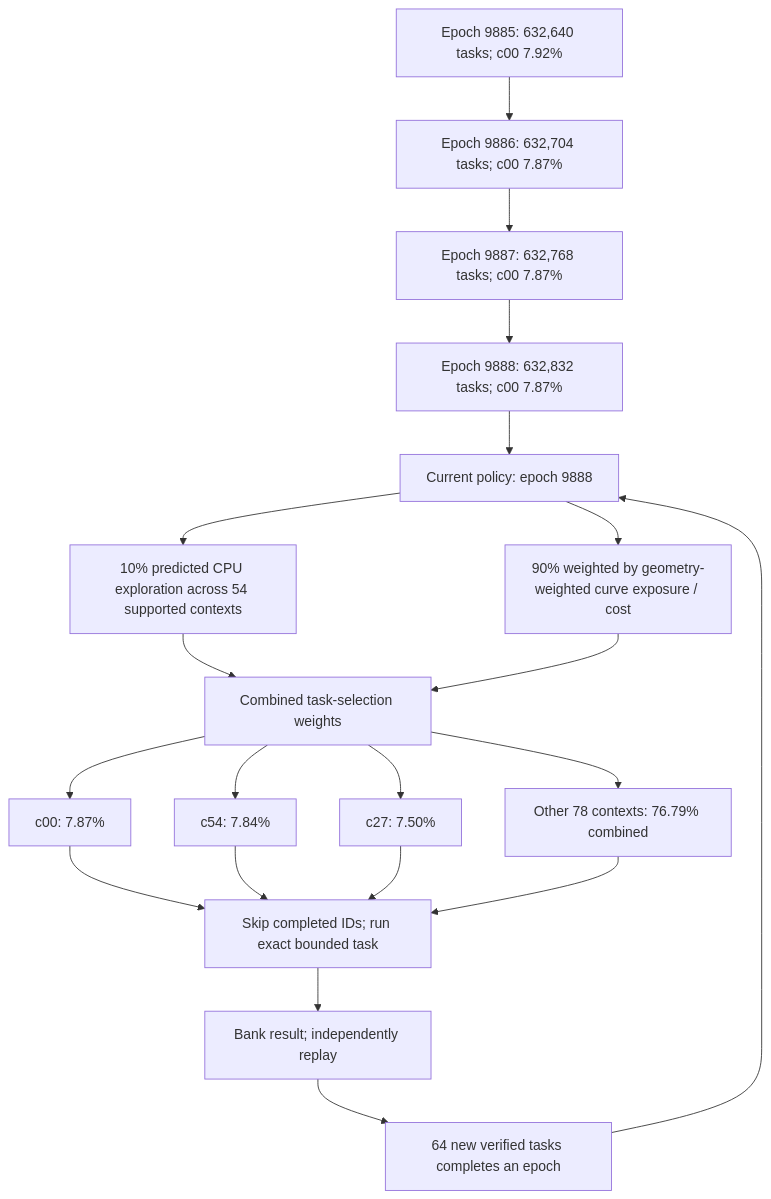
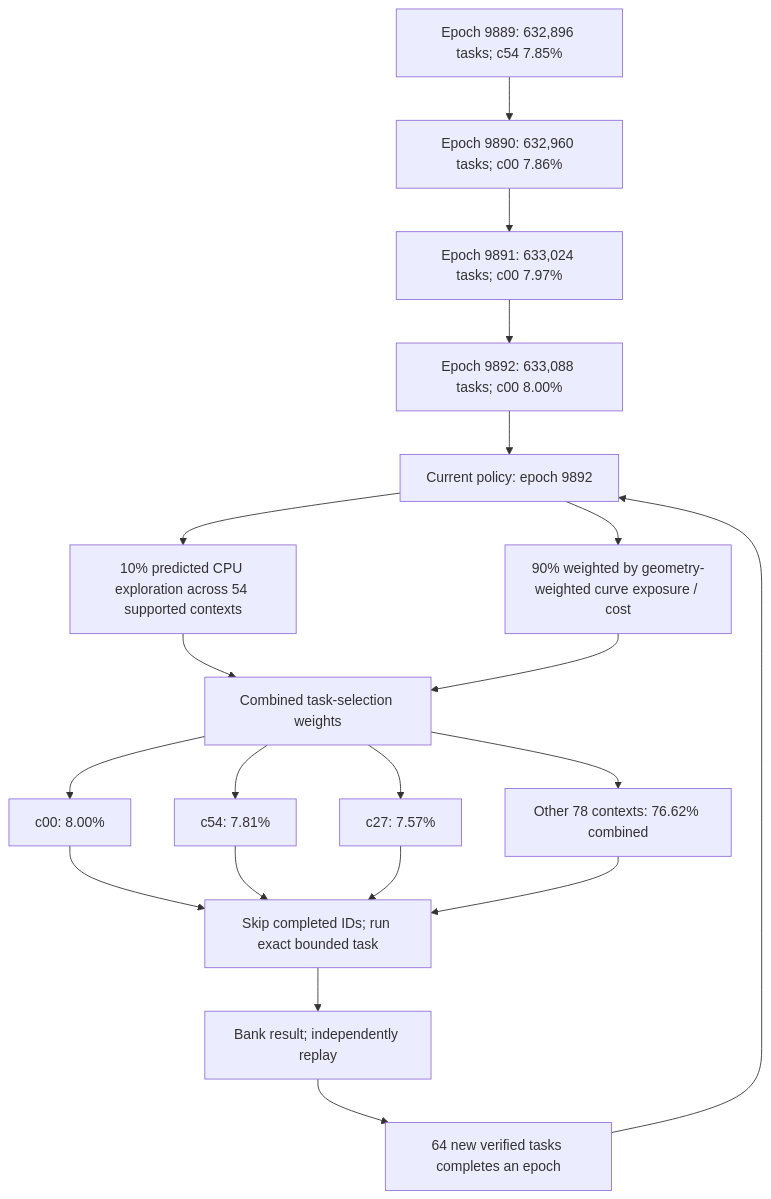
The first of 4 diagrams in README.md (Kuberwastaken/math-gambling), drawn with Mermaid before and after one commit. The commit also changed other lines of this file and 666 other files, not shown here.

````diff
--- a/README.md
+++ b/README.md
@@ -60,27 +60,27 @@
 ```mermaid
 flowchart TD
-    H0["Epoch 9885: 632,640 tasks; c00 7.92%"]
-    H1["Epoch 9886: 632,704 tasks; c00 7.87%"]
+    H0["Epoch 9889: 632,896 tasks; c54 7.85%"]
+    H1["Epoch 9890: 632,960 tasks; c00 7.86%"]
     H0 --> H1
-    H2["Epoch 9887: 632,768 tasks; c00 7.87%"]
+    H2["Epoch 9891: 633,024 tasks; c00 7.97%"]
     H1 --> H2
-    H3["Epoch 9888: 632,832 tasks; c00 7.87%"]
+    H3["Epoch 9892: 633,088 tasks; c00 8.00%"]
     H2 --> H3
-    Policy["Current policy: epoch 9888"]
+    Policy["Current policy: epoch 9892"]
     H3 --> Policy
     Policy --> Explore["10% predicted CPU exploration across 54 supported contexts"]
     Policy --> Cost["90% weighted by geometry-weighted curve exposure / cost"]
     Explore --> Mix["Combined task-selection weights"]
     Cost --> Mix
-    Mix --> C0["c00: 7.87%"]
-    Mix --> C1["c54: 7.84%"]
-    Mix --> C2["c27: 7.50%"]
-    Mix --> Rest["Other 78 contexts: 76.79% combined"]
+    Mix --> C0["c00: 8.00%"]
+    Mix --> C1["c54: 7.81%"]
+    Mix --> C2["c27: 7.57%"]
+    Mix --> Rest["Other 78 contexts: 76.62% combined"]
     C0 --> Check["Skip completed IDs; run exact bounded task"]
     C1 --> Check
     C2 --> Check
     Rest --> Check
     Check --> Replay["Bank result; independently replay"]
     Replay --> Gate["64 new verified tasks completes an epoch"]
     Gate --> Policy
 ```
````
